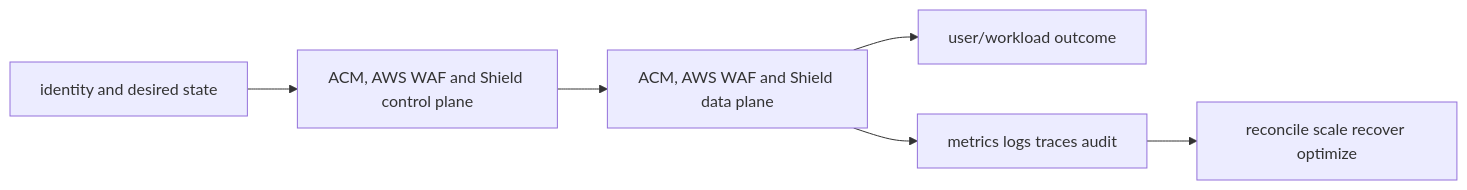
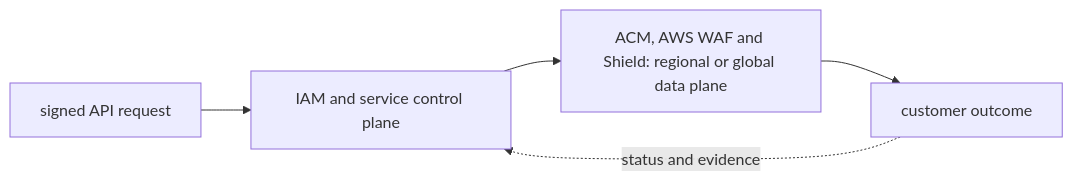
Before and after one commit to tomkidumbuyo/DevOps-interview-preparation: the diagram in 07-aws/09-security-operations/03-acm-waf-shield/README.md, drawn with Mermaid. The commit also changed other lines of this file and 753 other files, not shown here.

````diff
--- a/07-aws/09-security-operations/03-acm-waf-shield/README.md
+++ b/07-aws/09-security-operations/03-acm-waf-shield/README.md
@@ -19,8 +31,7 @@
 ```mermaid
 flowchart LR
-  I[identity and desired state] --> C[ACM, AWS WAF and Shield control plane]
-  C --> D[ACM, AWS WAF and Shield data plane]
-  D --> U[user/workload outcome]
-  D --> O[metrics logs traces audit]
-  O --> R[reconcile scale recover optimize]
+  A["signed API request"] --> B["IAM and service control plane"]
+  B --> C["ACM, AWS WAF and Shield: regional or global data plane"]
+  C --> D["customer outcome"]
+  D -. "status and evidence" .-> B
 ```
````
